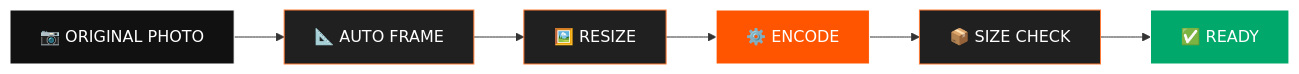
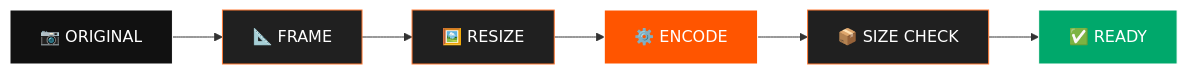
One commit to AkshatRaj00/cutout-studio changed the fifth of 8 diagrams in README.md. Above: the diagram before and after it, drawn with Mermaid. The commit also changed other lines of this file, not shown here.

````diff
--- a/README.md
+++ b/README.md
@@ -263,16 +198,16 @@
 ```mermaid
 flowchart LR
 
-    A["📷 ORIGINAL PHOTO"] --> B["📐 AUTO FRAME"]
+    A["📷 ORIGINAL"] --> B["📐 FRAME"]
     B --> C["🖼️ RESIZE"]
     C --> D["⚙️ ENCODE"]
     D --> E["📦 SIZE CHECK"]
     E --> F["✅ READY"]
 
     style A fill:#111111,stroke:#ffffff,color:#ffffff
     style B fill:#202020,stroke:#ff7a35,color:#ffffff
     style C fill:#202020,stroke:#ff7a35,color:#ffffff
     style D fill:#ff5500,stroke:#ffffff,color:#ffffff
     style E fill:#202020,stroke:#ff7a35,color:#ffffff
     style F fill:#00a86b,stroke:#ffffff,color:#ffffff
 ```
````
